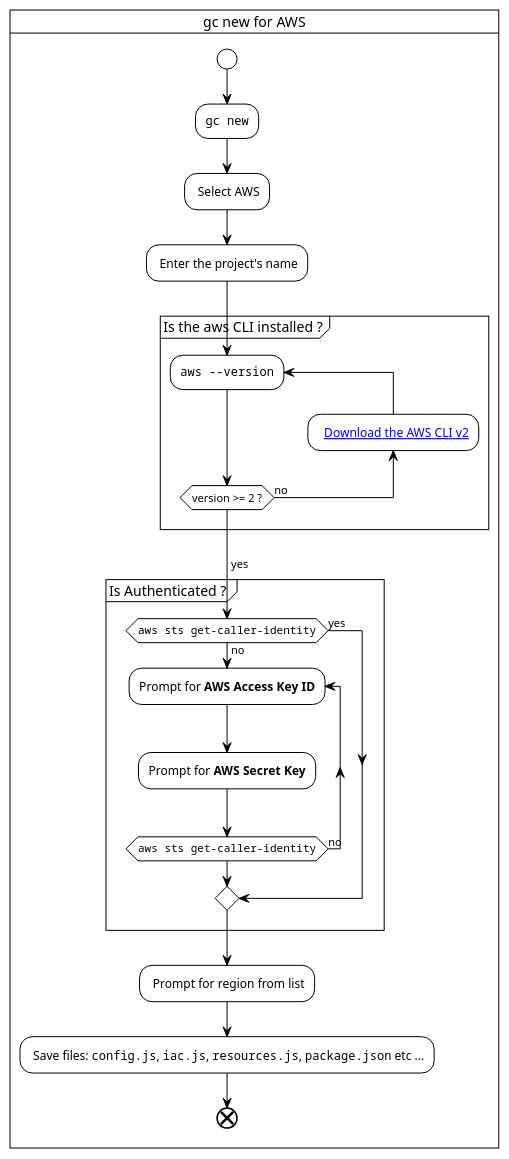
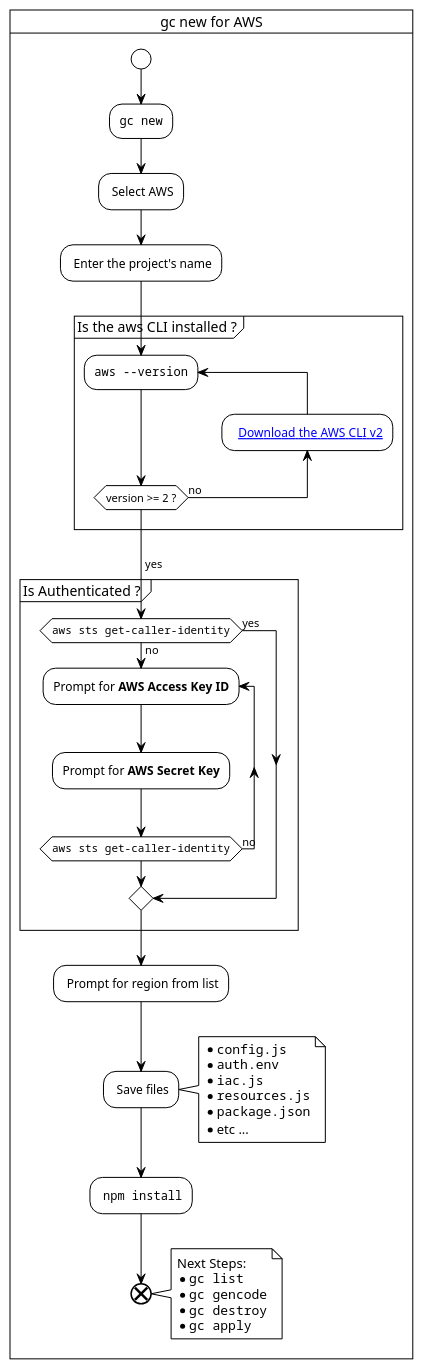
The diagram in docusaurus/plantuml/gc-new-aws.puml (grucloud/grucloud), drawn with PlantUML before and after one commit. The commit also changed 6 other files, not shown here.

```diff
--- a/docusaurus/plantuml/gc-new-aws.puml
+++ b/docusaurus/plantuml/gc-new-aws.puml
@@ -1,36 +1,56 @@
 @startuml gc-new-aws
 !theme plain
 
 skinparam svgLinkTarget _blank
 
 card "gc new for AWS" {
 start
 
 :""gc new"";
 : Select AWS;
 : Enter the project's name;
 
 
 partition "Is the aws CLI installed ?" {
 repeat :""aws --version"";
 backward:  [[https://docs.aws.amazon.com/cli/latest/userguide/install-cliv2.html Download the AWS CLI v2]];
 repeat while (version >= 2 ?) is (no) 
 ->yes;
 }
 
 partition "Is Authenticated ? " {
+  
   if (""aws sts get-caller-identity"") then (yes)
 else (no)
   
 repeat :Prompt for <b>AWS Access Key ID</b>;
 :Prompt for <b>AWS Secret Key</b>;
 repeat while (""aws sts get-caller-identity"") is (no) 
 endif
 
 }
 
 : Prompt for region from list;
-: Save files: ""config.js"", ""iac.js"", ""resources.js"", ""package.json"" etc ...; 
+
+: Save files; 
+note right
+* ""config.js""
+* ""auth.env""
+* ""iac.js""
+* ""resources.js""
+* ""package.json""
+* etc ...
+end note 
+
+: ""npm install"";
 end
+
+note right
+Next Steps:
+* ""gc list""
+* ""gc gencode""
+* ""gc destroy""
+* ""gc apply""
+end note 
 }
 @enduml
```
